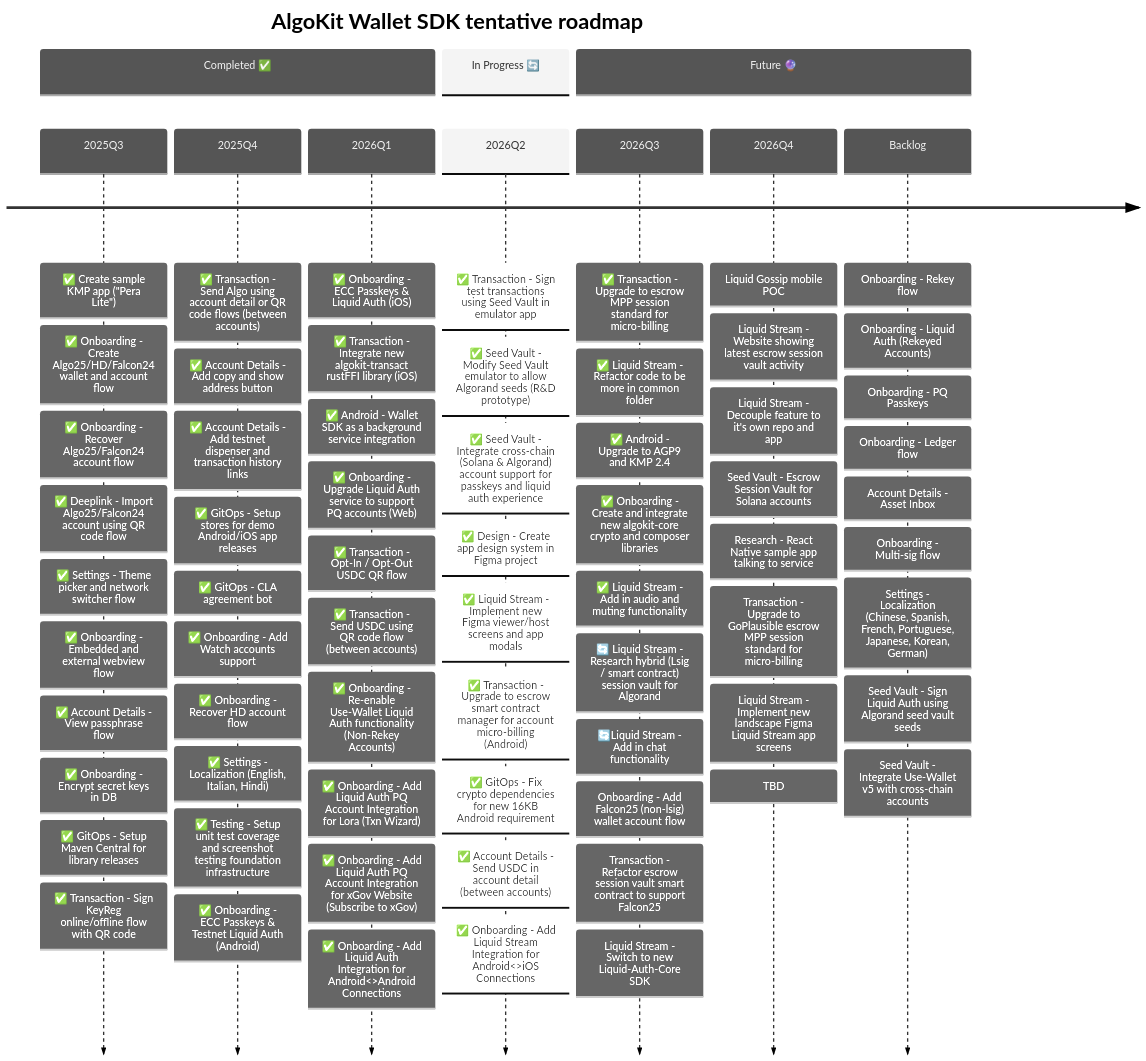
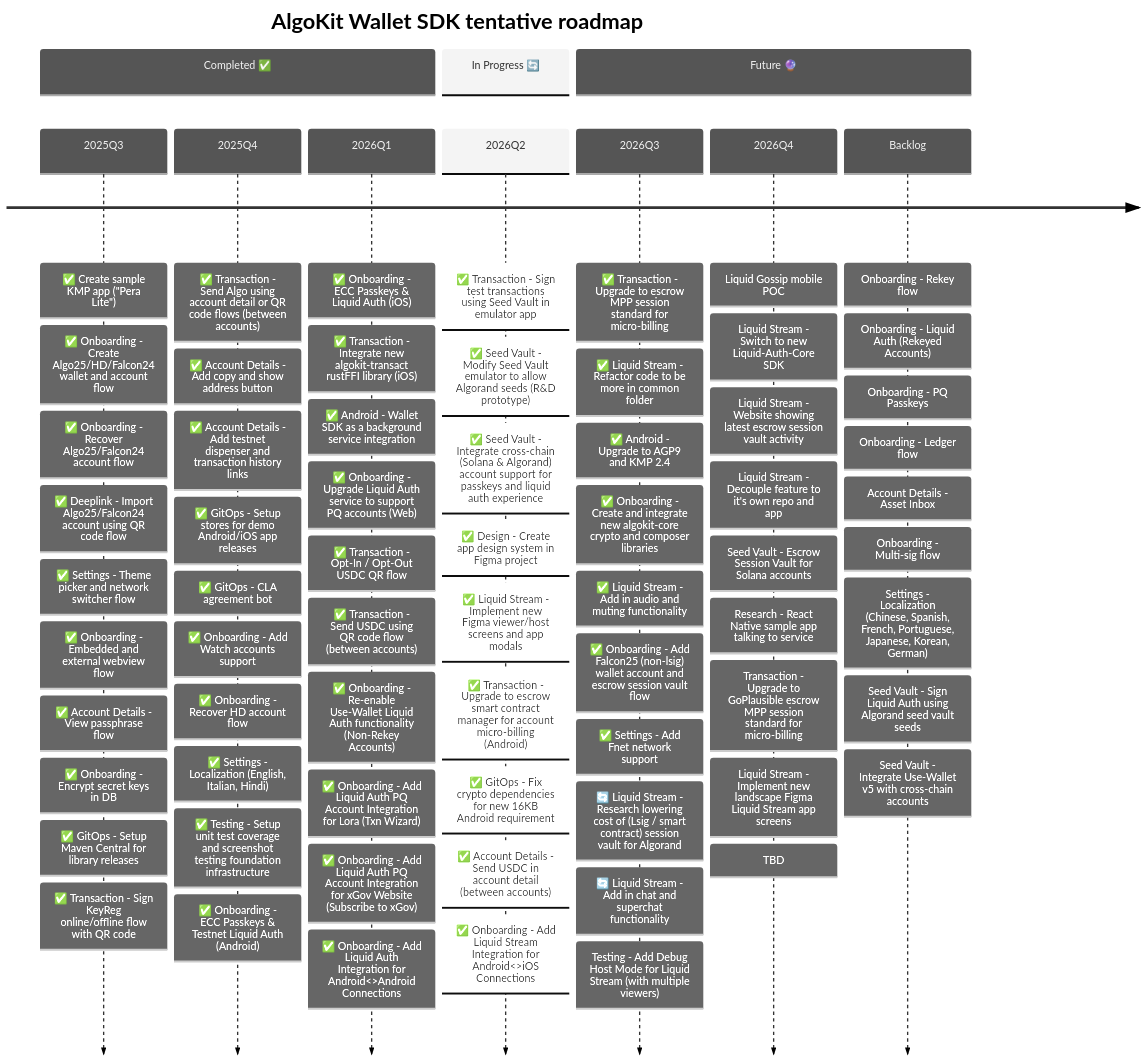
One commit to michaeltchuangllc/algokit-walletsdk-kmp changed the second of 3 diagrams in README.md. Above: the diagram before and after it, drawn with Mermaid.

Commit message:
docs - update roadmap

```diff
--- a/README.md
+++ b/README.md
@@ -125,14 +125,15 @@
              : ✅ Android - Upgrade to AGP9 and KMP 2.4
              : ✅ Onboarding - Create and integrate new algokit-core crypto and composer libraries
              : ✅ Liquid Stream - Add in audio and muting functionality
-             : 🔄 Liquid Stream - Research hybrid (Lsig / smart contract) session vault for Algorand
-             : 🔄Liquid Stream - Add in chat functionality
-             : Onboarding - Add Falcon25 (non-lsig) wallet account flow
-             : Transaction - Refactor escrow session vault smart contract to support Falcon25
-             : Liquid Stream - Switch to new Liquid-Auth-Core SDK
+             : ✅ Onboarding - Add Falcon25 (non-lsig) wallet account and escrow session vault flow
+             : ✅ Settings - Add Fnet network support
+             : 🔄 Liquid Stream - Research lowering cost of (Lsig / smart contract) session vault for Algorand
+             : 🔄 Liquid Stream - Add in chat and superchat functionality
+             : Testing - Add Debug Host Mode for Liquid Stream (with multiple viewers)
 
     2026Q4   
              : Liquid Gossip mobile POC
+             : Liquid Stream - Switch to new Liquid-Auth-Core SDK
              : Liquid Stream - Website showing latest escrow session vault activity
              : Liquid Stream - Decouple feature to it's own repo and app
              : Seed Vault - Escrow Session Vault for Solana accounts 
```
